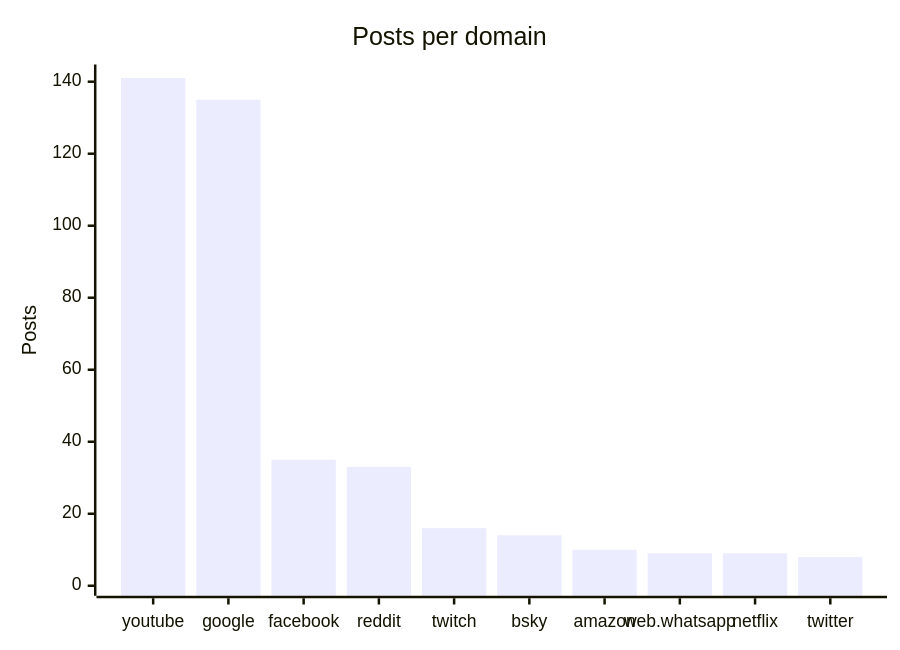
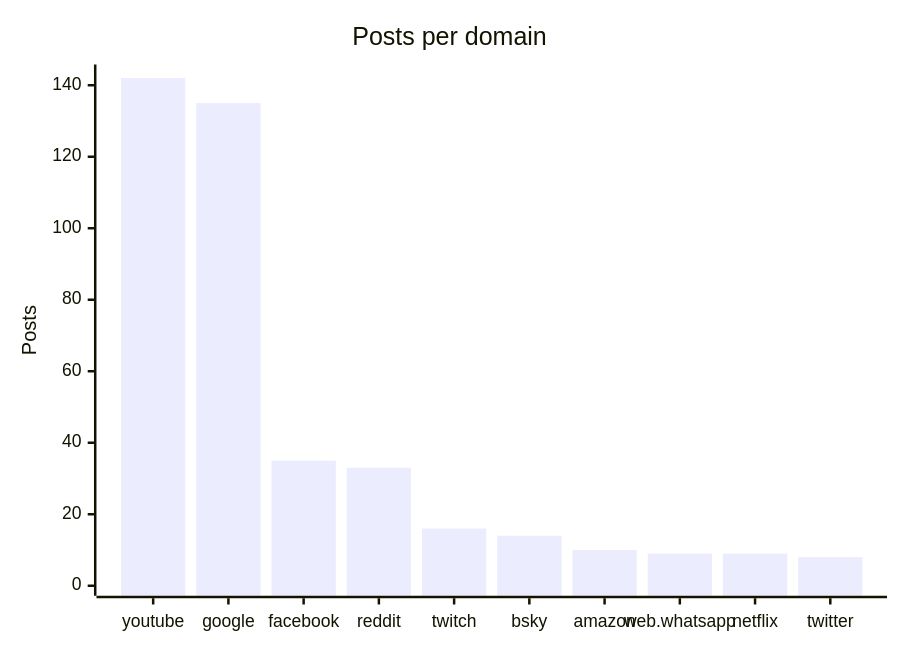
One commit to martinbalfanz/social-scanner-reports changed the fourth of 4 diagrams in README.md. Above: the diagram before and after it, drawn with Mermaid. The commit also changed other lines of this file and 4 other files, not shown here.

````diff
--- a/README.md
+++ b/README.md
@@ -58,7 +58,7 @@
 ```mermaid
 xychart-beta
     title "Posts per domain"
     x-axis ["youtube", "google", "facebook", "reddit", "twitch", "bsky", "amazon", "web.whatsapp", "netflix", "twitter"]
-    y-axis "Posts" 0 --> 142
-    bar [141, 135, 35, 33, 16, 14, 10, 9, 9, 8]
+    y-axis "Posts" 0 --> 143
+    bar [142, 135, 35, 33, 16, 14, 10, 9, 9, 8]
 ```
````
